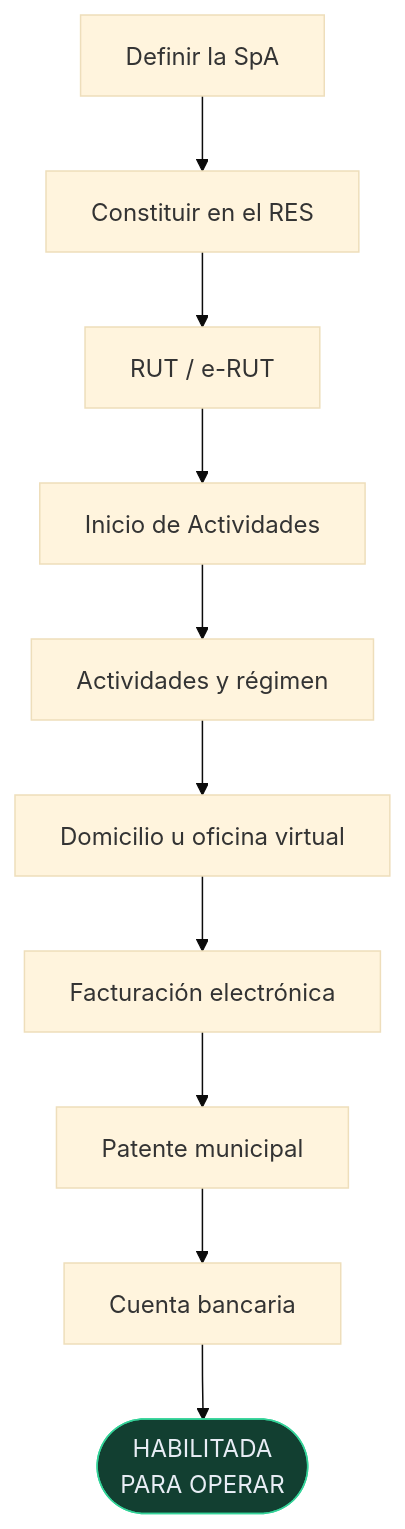
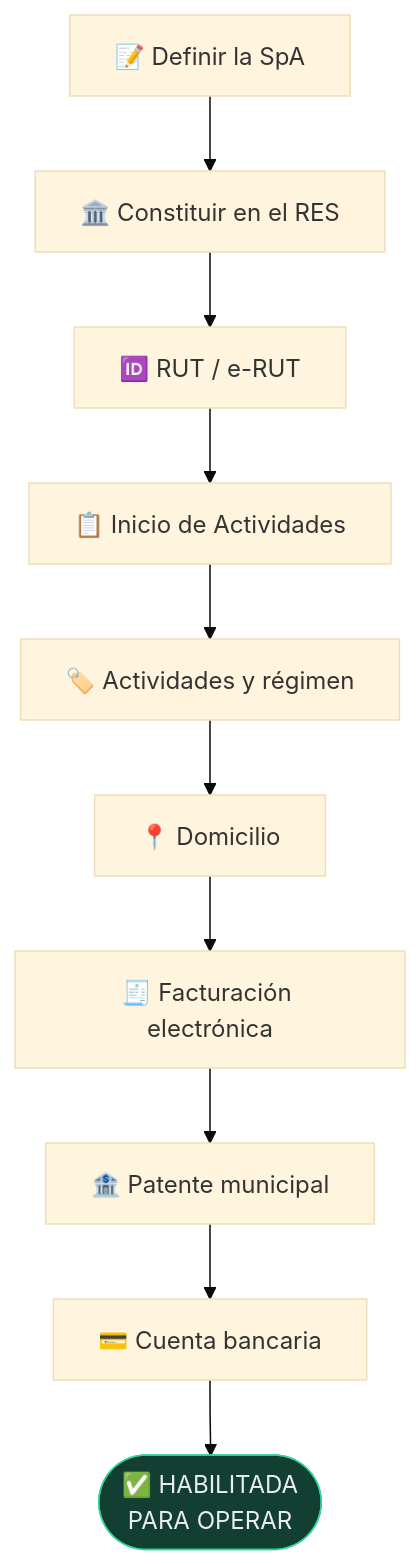
The third of 4 diagrams in README.md (vladimiracunadev-create/empresa-operativa-chile), drawn with Mermaid (base theme) before and after one commit. The commit also changed other lines of this file and 46 other files, not shown here.

````diff
--- a/README.md
+++ b/README.md
@@ -165,13 +224,13 @@
 ```mermaid
 flowchart TB
-    A[Definir la SpA] --> B[Constituir en el RES]
-    B --> C[RUT / e-RUT]
-    C --> D[Inicio de Actividades]
-    D --> E[Actividades y régimen]
-    E --> F[Domicilio u oficina virtual]
-    F --> G[Facturación electrónica]
-    G --> H[Patente municipal]
-    H --> I[Cuenta bancaria]
-    I --> J(["HABILITADA<br/>PARA OPERAR"])
+    A["📝 Definir la SpA"] --> B["🏛️ Constituir en el RES"]
+    B --> C["🆔 RUT / e-RUT"]
+    C --> D["📋 Inicio de Actividades"]
+    D --> E["🏷️ Actividades y régimen"]
+    E --> F["📍 Domicilio"]
+    F --> G["🧾 Facturación electrónica"]
+    G --> H["🏦 Patente municipal"]
+    H --> I["💳 Cuenta bancaria"]
+    I --> J(["✅ HABILITADA<br/>PARA OPERAR"])
     style J fill:#123f31,stroke:#34d399,color:#e8edf5
 ```
````
